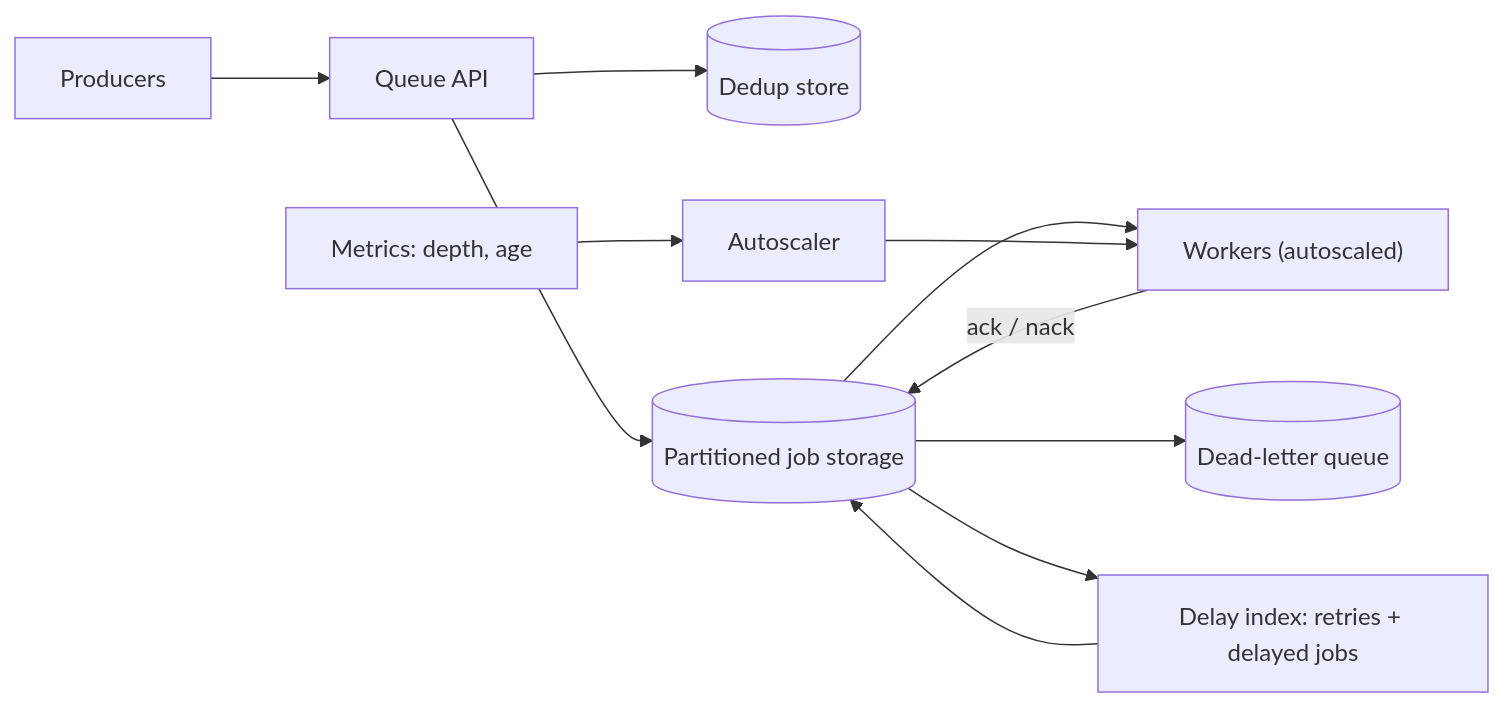
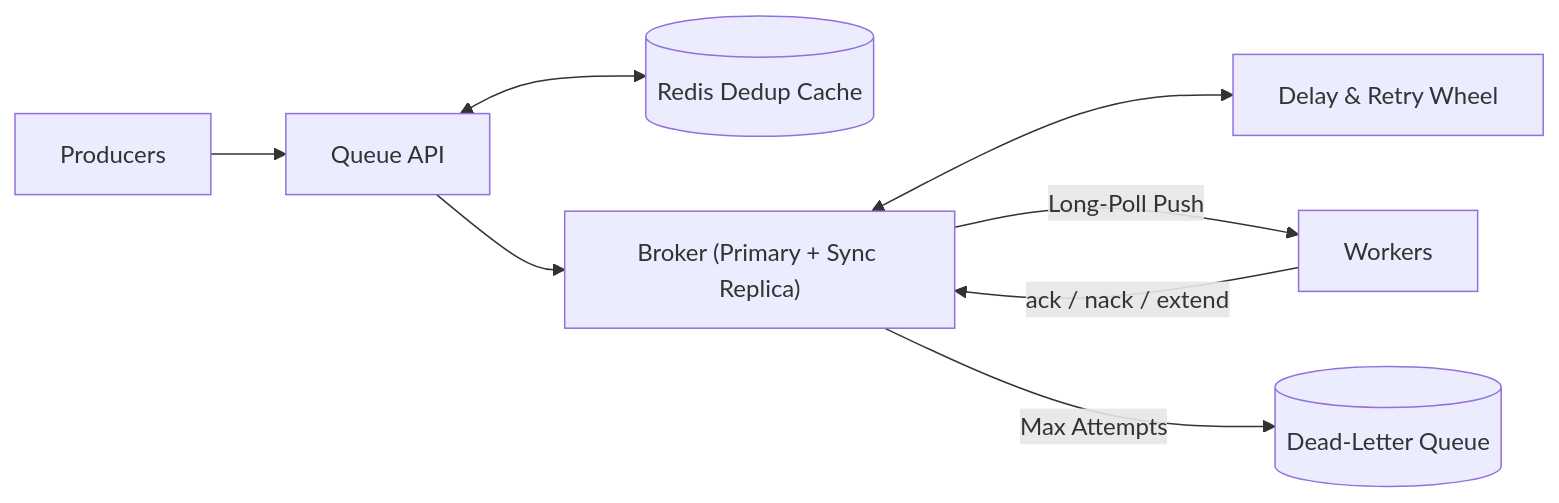
Before and after one commit to TapanKumarBarik/Backend-roadmap: the second of 5 diagrams in content/system-design/22-interview-design-problems/19-job-queue/README.md, drawn with Mermaid. The commit also changed other lines of this file and 37 other files, not shown here.

Commit message:
Upgrade Track 22 (37 interview design problems) with scale-by-scale architecture evolution

````diff
--- a/content/system-design/22-interview-design-problems/19-job-queue/README.md
+++ b/content/system-design/22-interview-design-problems/19-job-queue/README.md
@@ -108,11 +176,10 @@
 ```mermaid
 flowchart LR
   P["Producers"] --> API["Queue API"]
-  API --> D[("Dedup store")]
-  API --> PQ[("Partitioned job storage")]
-  PQ --> W["Workers (autoscaled)"]
-  W -- "ack / nack" --> PQ
-  PQ --> DL[("Dead-letter queue")]
-  PQ --> DI["Delay index: retries + delayed jobs"] --> PQ
-  M["Metrics: depth, age"] --> AS["Autoscaler"] --> W
+  API <--> RD[("Redis Dedup Cache")]
+  API --> BR["Broker (Primary + Sync Replica)"]
+  BR <--> DI["Delay & Retry Wheel"]
+  BR -- "Long-Poll Push" --> W["Workers"]
+  W -- "ack / nack / extend" --> BR
+  BR -- "Max Attempts" --> DLQ[("Dead-Letter Queue")]
 ```
````
